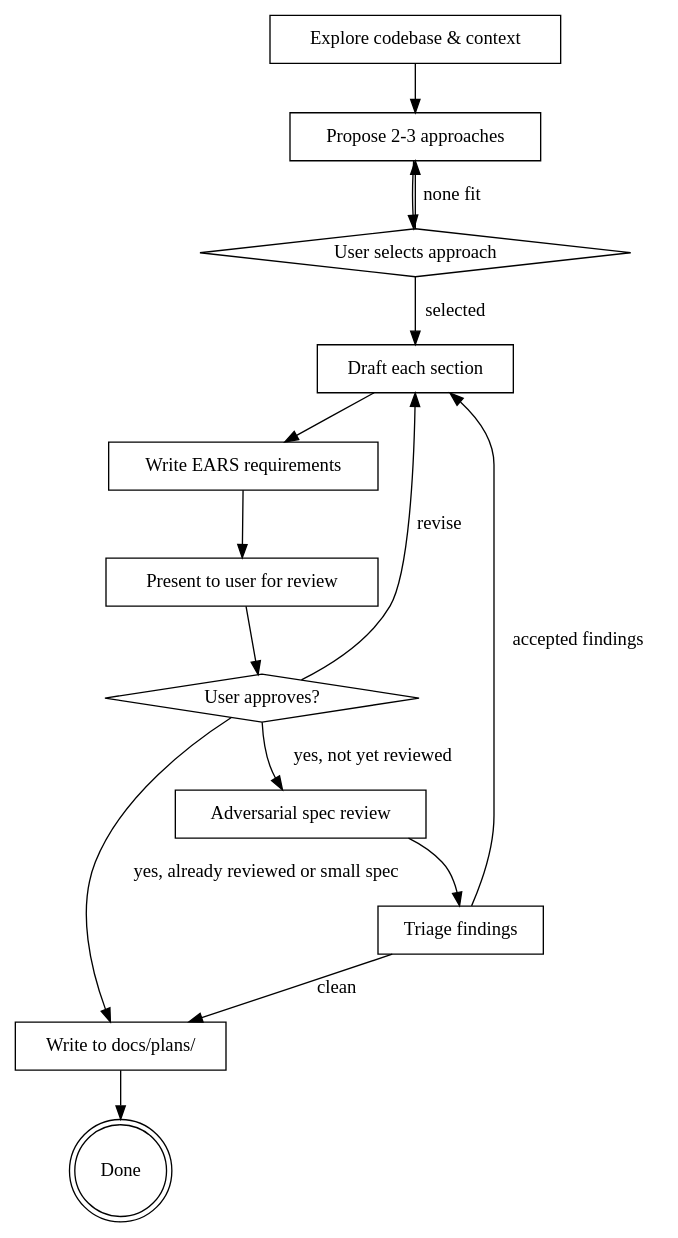
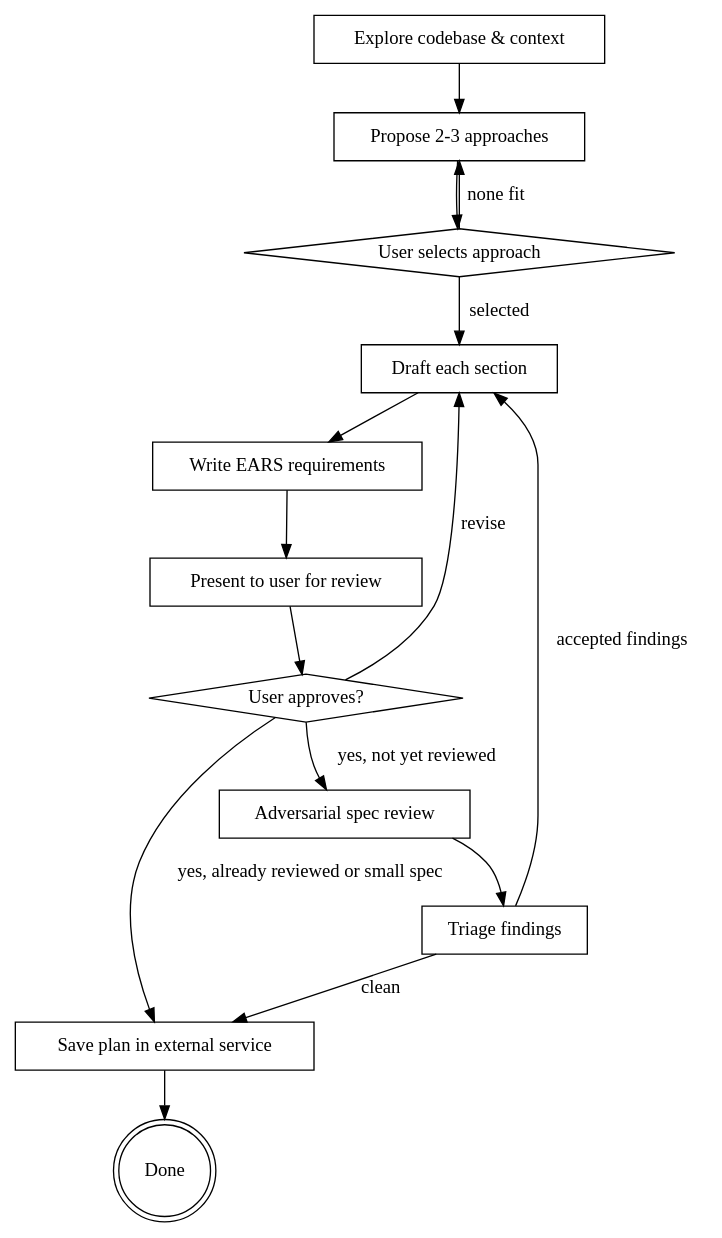
One commit to xmtplabs/code-factory changed the diagram in skills/writing-specs/SKILL.md. Above: the diagram before and after it, drawn with Graphviz. The commit also changed other lines of this file and 9 other files, not shown here.

````diff
--- a/skills/writing-specs/SKILL.md
+++ b/skills/writing-specs/SKILL.md
@@ -12,30 +18,30 @@
 ```dot
 digraph design_doc {
     "Explore codebase & context" [shape=box];
     "Propose 2-3 approaches" [shape=box];
     "User selects approach" [shape=diamond];
     "Draft each section" [shape=box];
     "Write EARS requirements" [shape=box];
     "Present to user for review" [shape=box];
     "User approves?" [shape=diamond];
     "Adversarial spec review" [shape=box];
     "Triage findings" [shape=box];
-    "Write to docs/plans/" [shape=box];
+    "Save plan in external service" [shape=box];
     "Done" [shape=doublecircle];
 
     "Explore codebase & context" -> "Propose 2-3 approaches";
     "Propose 2-3 approaches" -> "User selects approach";
     "User selects approach" -> "Propose 2-3 approaches" [label="none fit"];
     "User selects approach" -> "Draft each section" [label="selected"];
     "Draft each section" -> "Write EARS requirements";
     "Write EARS requirements" -> "Present to user for review";
     "Present to user for review" -> "User approves?";
     "User approves?" -> "Draft each section" [label="revise"];
     "User approves?" -> "Adversarial spec review" [label="yes, not yet reviewed"];
-    "User approves?" -> "Write to docs/plans/" [label="yes, already reviewed or small spec"];
+    "User approves?" -> "Save plan in external service" [label="yes, already reviewed or small spec"];
     "Adversarial spec review" -> "Triage findings";
     "Triage findings" -> "Draft each section" [label="accepted findings"];
-    "Triage findings" -> "Write to docs/plans/" [label="clean"];
-    "Write to docs/plans/" -> "Done";
+    "Triage findings" -> "Save plan in external service" [label="clean"];
+    "Save plan in external service" -> "Done";
 }
 ```
````
